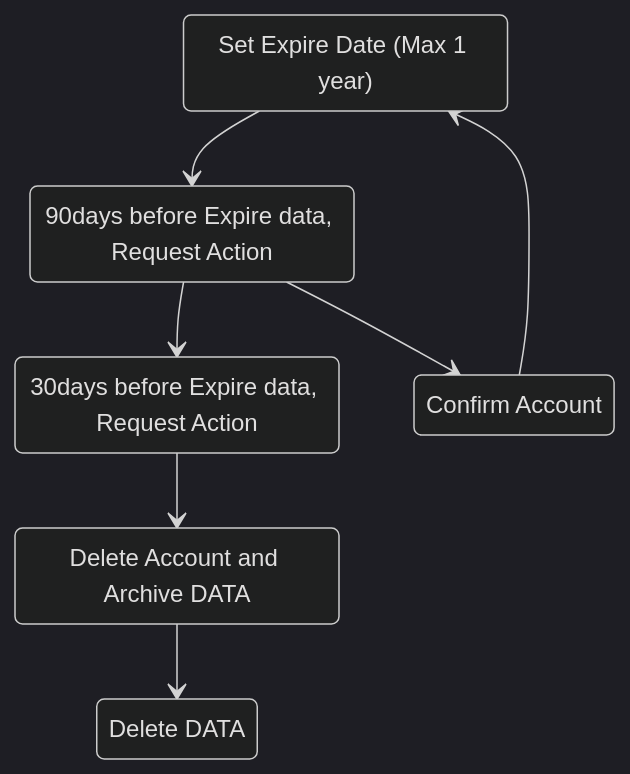
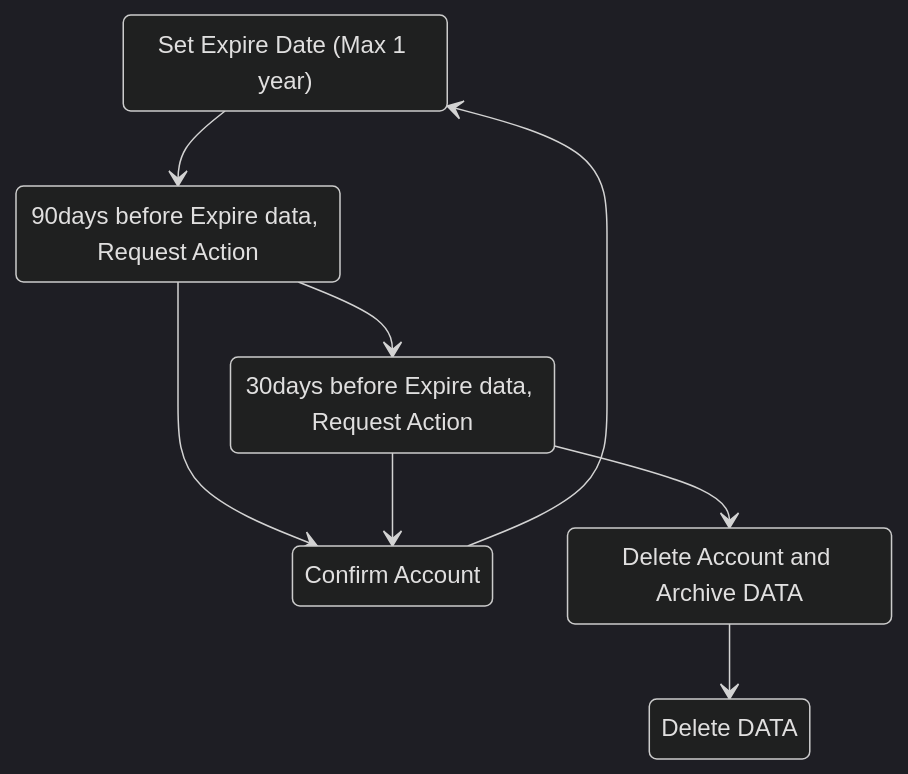
The diagram in pages/documentation/administration/users.md (gferhpc/supercomputing.tue.nl), drawn with Mermaid (dark theme) before and after one commit.

````diff
--- a/pages/documentation/administration/users.md
+++ b/pages/documentation/administration/users.md
@@ -92,16 +92,17 @@
 ```mermaid
 stateDiagram
     s1: Set Expire Date (Max 1 year)
     s2: 90days before Expire data, Request Action
     s3: 30days before Expire data, Request Action
     s4: Confirm Account
     s5: Delete Account and Archive DATA
     s6: Delete DATA
     s1 --> s2
     s2 --> s4
     s3 --> s5
+    s3 --> s4
     s2 --> s3
     s4 --> s1
     s5 --> s6
 
 ``` 
````
